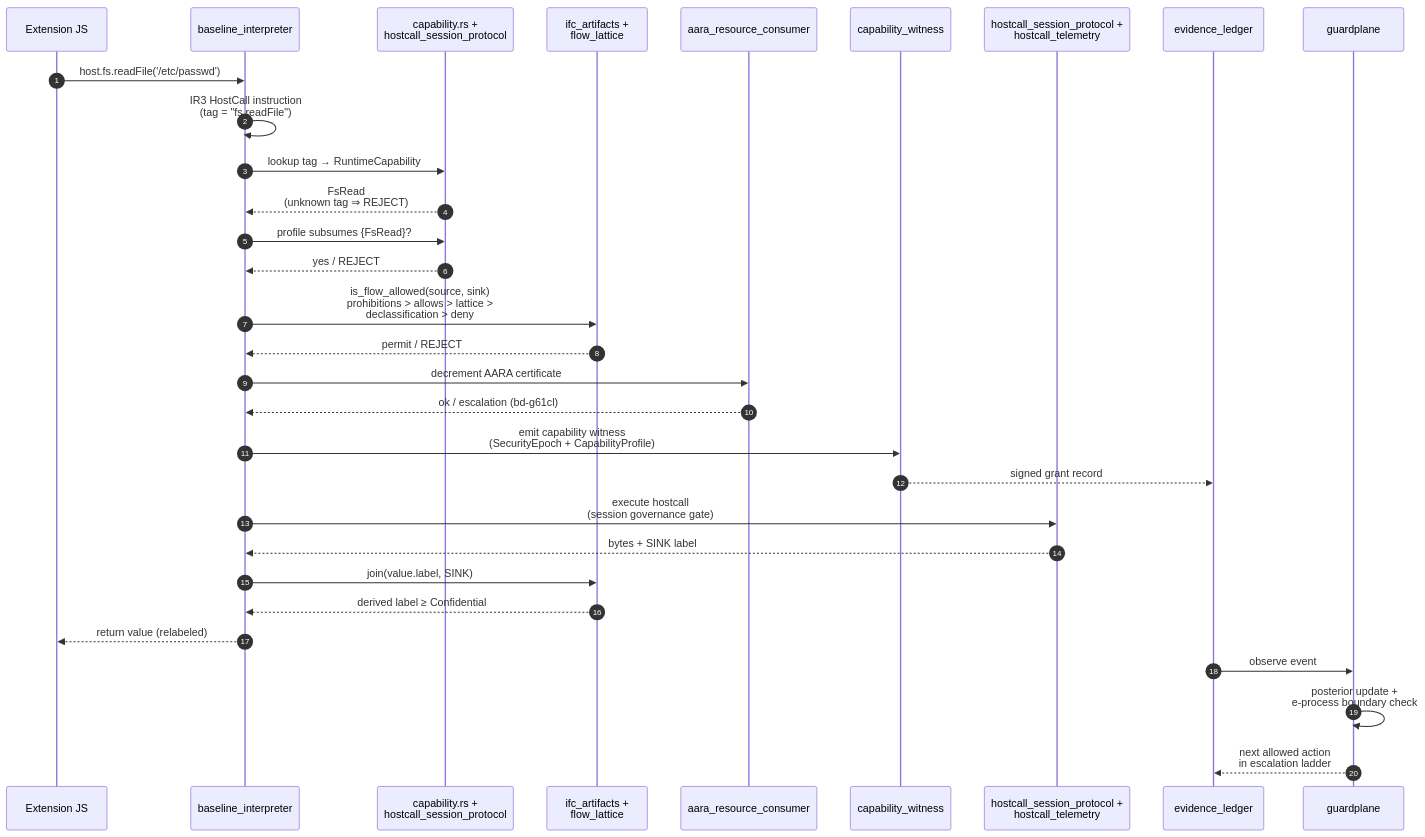
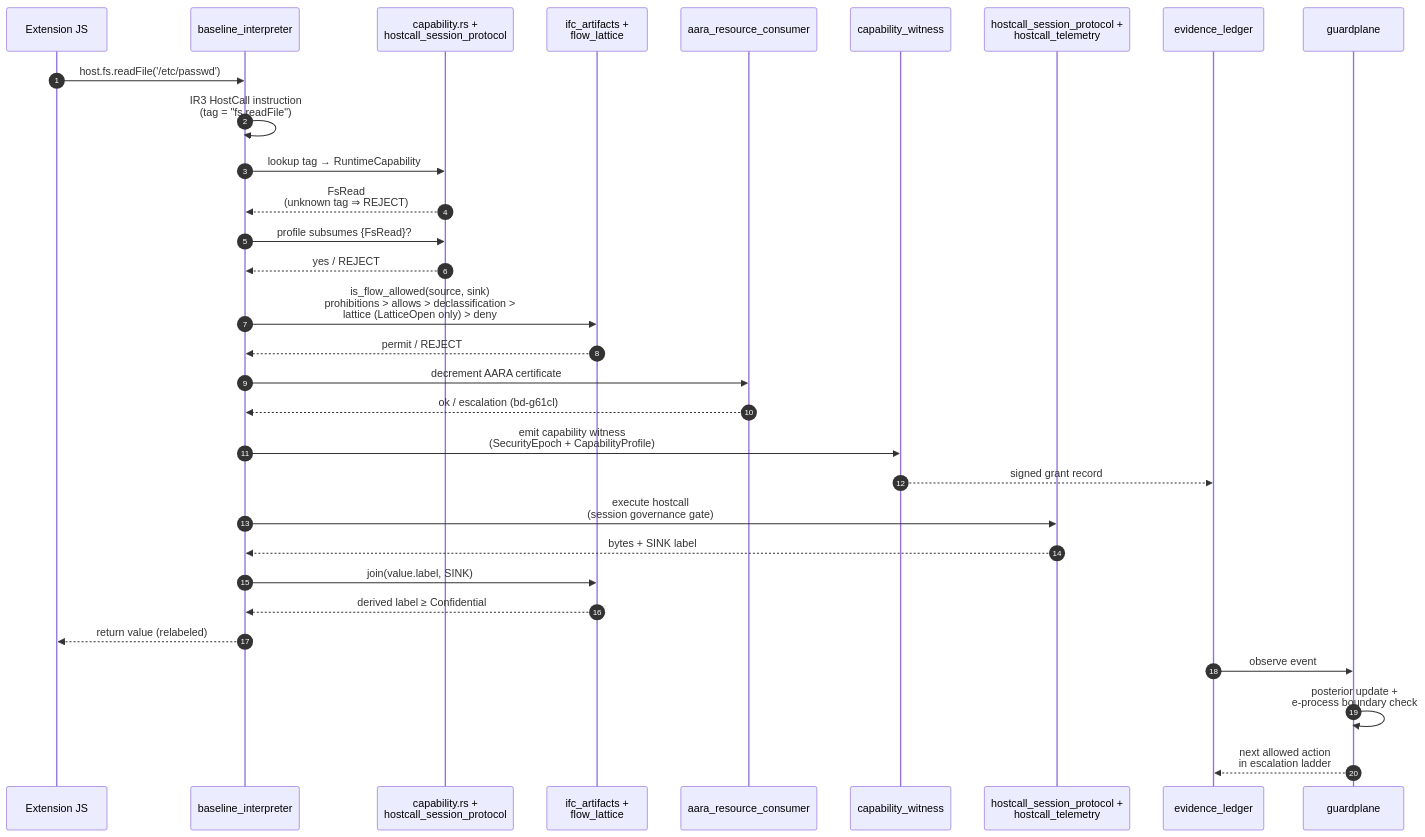
The first of 3 diagrams in README.md (Dicklesworthstone/franken_engine), drawn with Mermaid before and after one commit. The commit also changed other lines of this file and 2 other files, not shown here.

````diff
--- a/README.md
+++ b/README.md
@@ -556,34 +556,34 @@
 ```mermaid
 sequenceDiagram
     autonumber
     participant Ext as Extension JS
     participant BI as baseline_interpreter
     participant Cap as capability.rs +<br/>hostcall_session_protocol
     participant IFC as ifc_artifacts +<br/>flow_lattice
     participant Budget as aara_resource_consumer
     participant Witness as capability_witness
     participant Host as hostcall_session_protocol +<br/>hostcall_telemetry
     participant Ledger as evidence_ledger
     participant Guard as guardplane
 
     Ext->>BI: host.fs.readFile('/etc/passwd')
     BI->>BI: IR3 HostCall instruction<br/>(tag = "fs.readFile")
     BI->>Cap: lookup tag → RuntimeCapability
     Cap-->>BI: FsRead<br/>(unknown tag ⇒ REJECT)
     BI->>Cap: profile subsumes {FsRead}?
     Cap-->>BI: yes / REJECT
-    BI->>IFC: is_flow_allowed(source, sink)<br/>prohibitions > allows > lattice ><br/>declassification > deny
+    BI->>IFC: is_flow_allowed(source, sink)<br/>prohibitions > allows > declassification ><br/>lattice (LatticeOpen only) > deny
     IFC-->>BI: permit / REJECT
     BI->>Budget: decrement AARA certificate
     Budget-->>BI: ok / escalation (bd-g61cl)
     BI->>Witness: emit capability witness<br/>(SecurityEpoch + CapabilityProfile)
     Witness-->>Ledger: signed grant record
     BI->>Host: execute hostcall<br/>(session governance gate)
     Host-->>BI: bytes + SINK label
     BI->>IFC: join(value.label, SINK)
     IFC-->>BI: derived label ≥ Confidential
     BI-->>Ext: return value (relabeled)
     Ledger->>Guard: observe event
     Guard->>Guard: posterior update +<br/>e-process boundary check
     Guard-->>Ledger: next allowed action<br/>in escalation ladder
 ```
````
